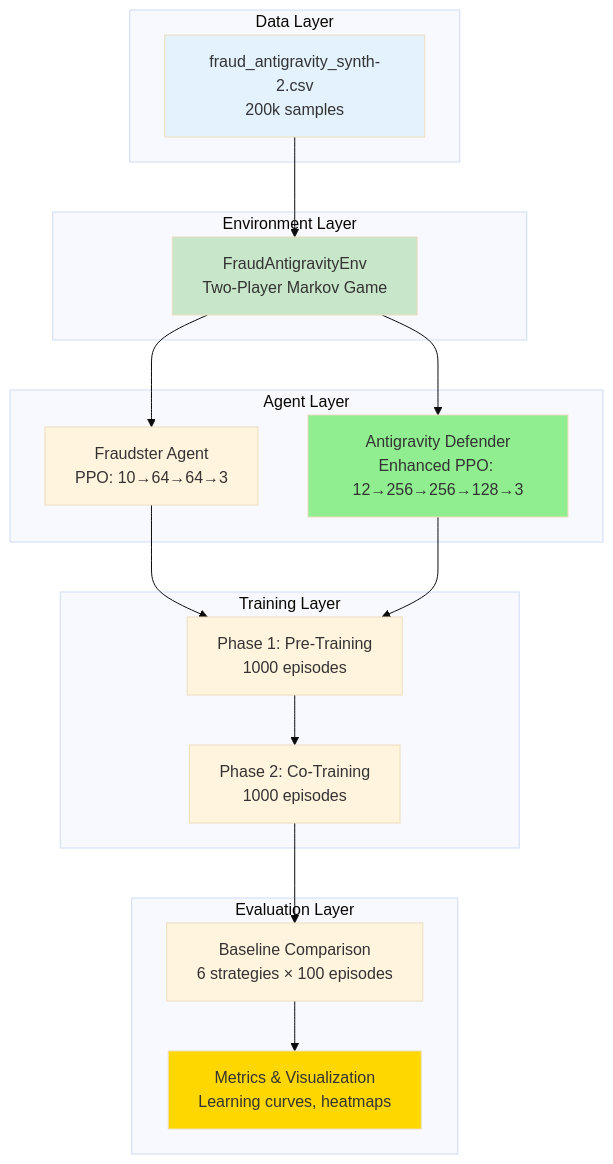
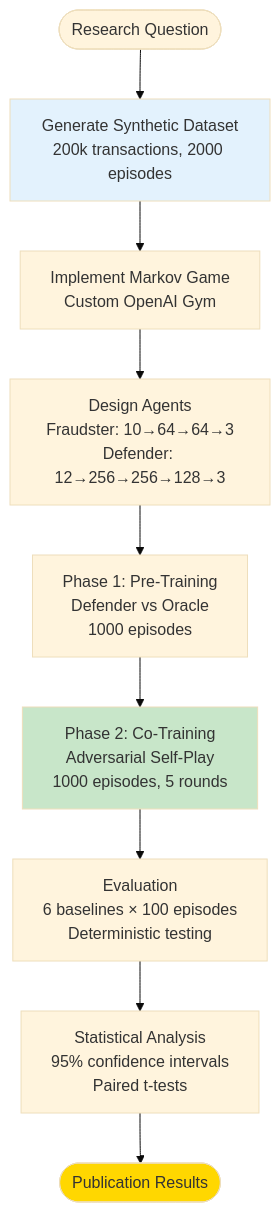
Before and after one commit to HelloCol2/markov-fraud-antigravity: the second of 2 diagrams in README.md, drawn with Mermaid (base theme). The commit also changed other lines of this file and 20 other files, not shown here.

````diff
--- a/README.md
+++ b/README.md
@@ -119,39 +158,15 @@
 ```mermaid
 graph TB
-    subgraph Data Layer
-        A[fraud_antigravity_synth-2.csv<br/>200k samples]
-    end
+    Start([Research Question]) --> Data[Generate Synthetic Dataset<br/>200k transactions, 2000 episodes]
+    Data --> Env[Implement Markov Game<br/>Custom OpenAI Gym]
+    Env --> Agent[Design Agents<br/>Fraudster: 10→64→64→3<br/>Defender: 12→256→256→128→3]
+    Agent --> Train1[Phase 1: Pre-Training<br/>Defender vs Oracle<br/>1000 episodes]
+    Train1 --> Train2[Phase 2: Co-Training<br/>Adversarial Self-Play<br/>1000 episodes, 5 rounds]
+    Train2 --> Eval[Evaluation<br/>6 baselines × 100 episodes<br/>Deterministic testing]
+    Eval --> Analysis[Statistical Analysis<br/>95% confidence intervals<br/>Paired t-tests]
+    Analysis --> Results([Publication Results])
     
-    subgraph Environment Layer
-        B[FraudAntigravityEnv<br/>Two-Player Markov Game]
-    end
-    
-    subgraph Agent Layer
-        C[Fraudster Agent<br/>PPO: 10→64→64→3]
-        D[Antigravity Defender<br/>Enhanced PPO: 12→256→256→128→3]
-    end
-    
-    subgraph Training Layer
-        E[Phase 1: Pre-Training<br/>1000 episodes]
-        F[Phase 2: Co-Training<br/>1000 episodes]
-    end
-    
-    subgraph Evaluation Layer
-        G[Baseline Comparison<br/>6 strategies × 100 episodes]
-        H[Metrics & Visualization<br/>Learning curves, heatmaps]
-    end
-    
-    A --> B
-    B --> C
-    B --> D
-    C --> E
-    D --> E
-    E --> F
-    F --> G
-    G --> H
-    
-    style A fill:#E3F2FD
-    style B fill:#C8E6C9
-    style D fill:#90EE90
-    style H fill:#FFD700
+    style Data fill:#E3F2FD
+    style Train2 fill:#C8E6C9
+    style Results fill:#FFD700
 ```
````
